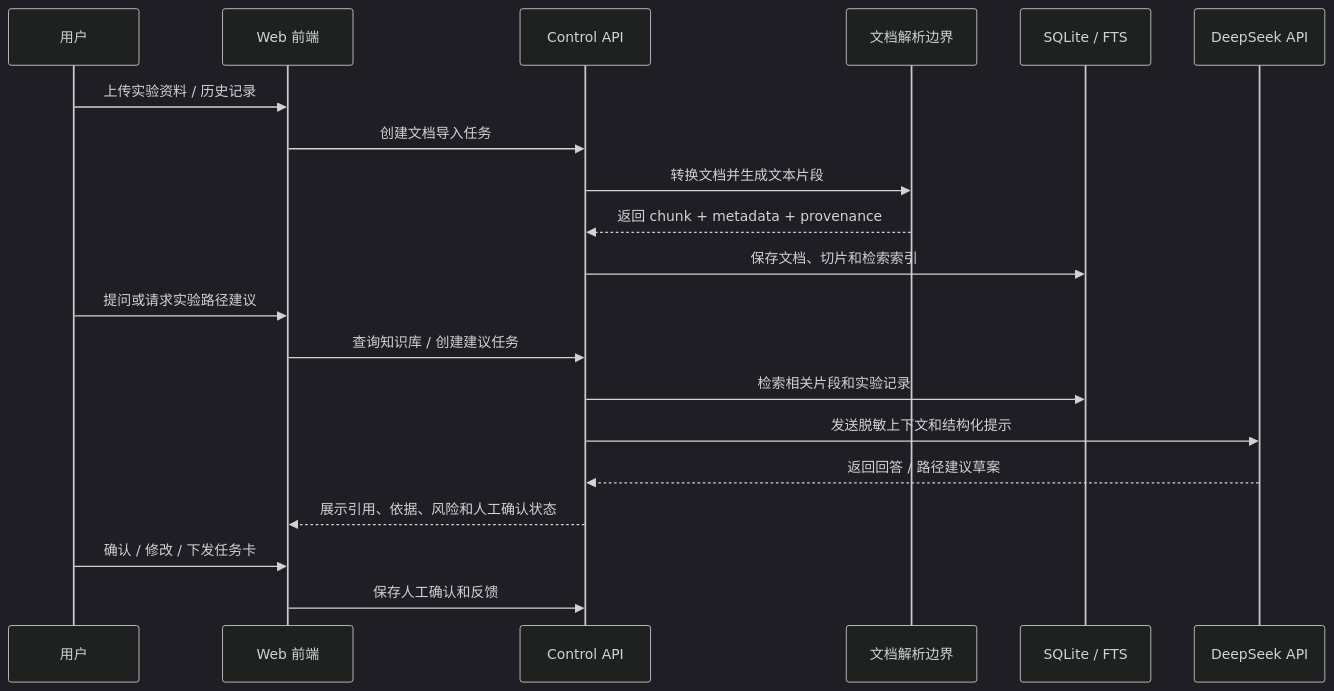
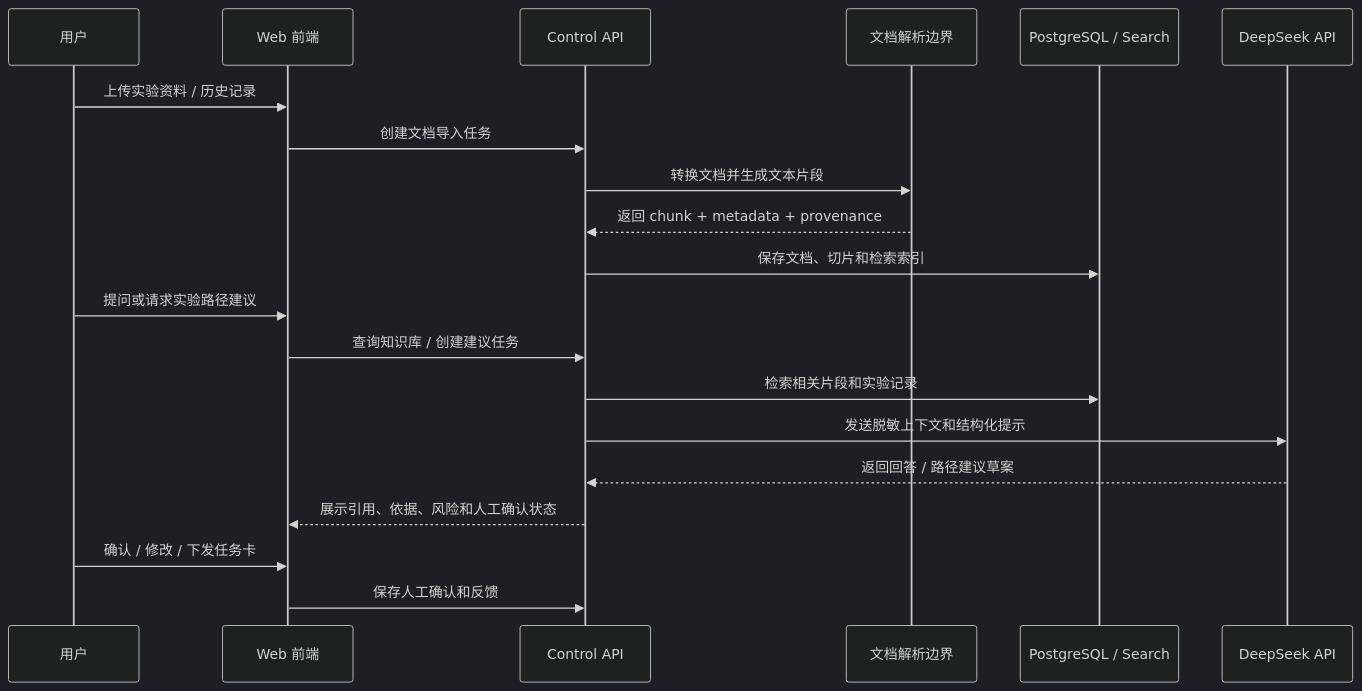
Before and after one commit to White-147/SyLabAI: the second of 2 diagrams in README.md, drawn with Mermaid (dark theme). The commit also changed other lines of this file and 63 other files, not shown here.

Commit message:
Migrate project database from PostgreSQL to SQL Server

````diff
--- a/README.md
+++ b/README.md
@@ -97,23 +97,23 @@
 ```mermaid
 sequenceDiagram
     participant U as 用户
     participant W as Web 前端
     participant A as Control API
     participant D as 文档解析边界
-    participant DB as SQLite / FTS
+    participant DB as PostgreSQL / Search
     participant M as DeepSeek API
 
     U->>W: 上传实验资料 / 历史记录
     W->>A: 创建文档导入任务
     A->>D: 转换文档并生成文本片段
     D-->>A: 返回 chunk + metadata + provenance
     A->>DB: 保存文档、切片和检索索引
     U->>W: 提问或请求实验路径建议
     W->>A: 查询知识库 / 创建建议任务
     A->>DB: 检索相关片段和实验记录
     A->>M: 发送脱敏上下文和结构化提示
     M-->>A: 返回回答 / 路径建议草案
     A-->>W: 展示引用、依据、风险和人工确认状态
     U->>W: 确认 / 修改 / 下发任务卡
     W->>A: 保存人工确认和反馈
 ```
````
